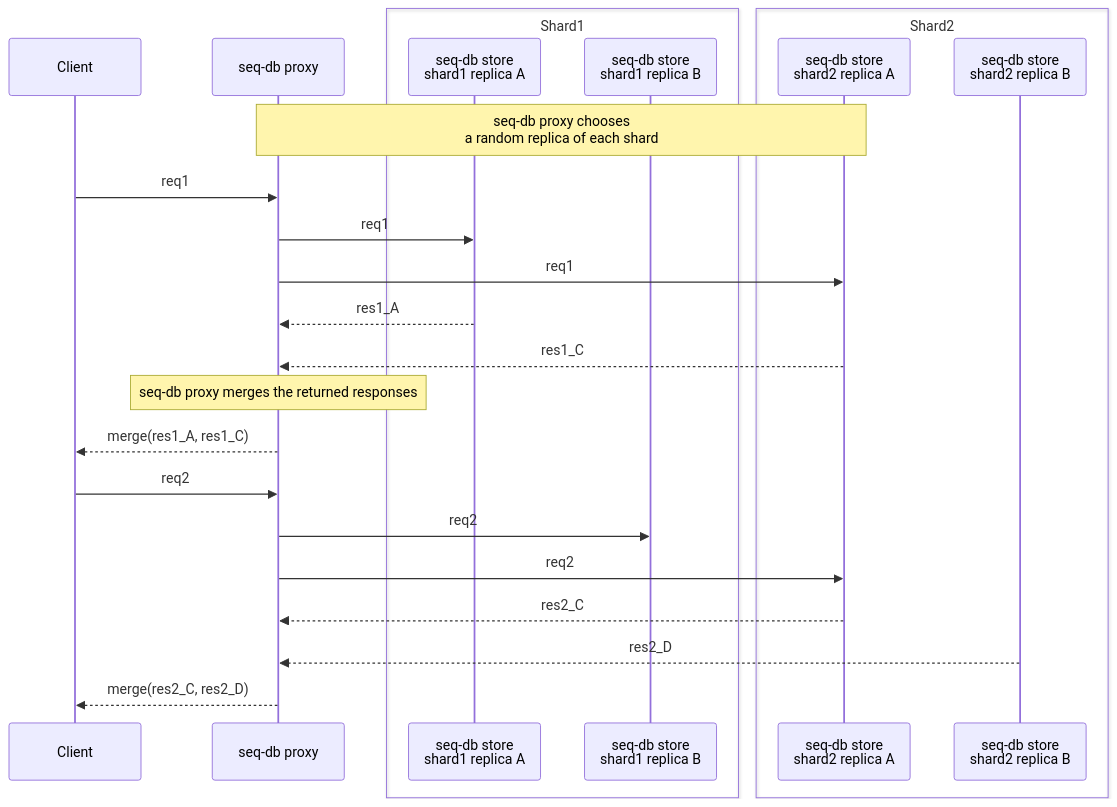
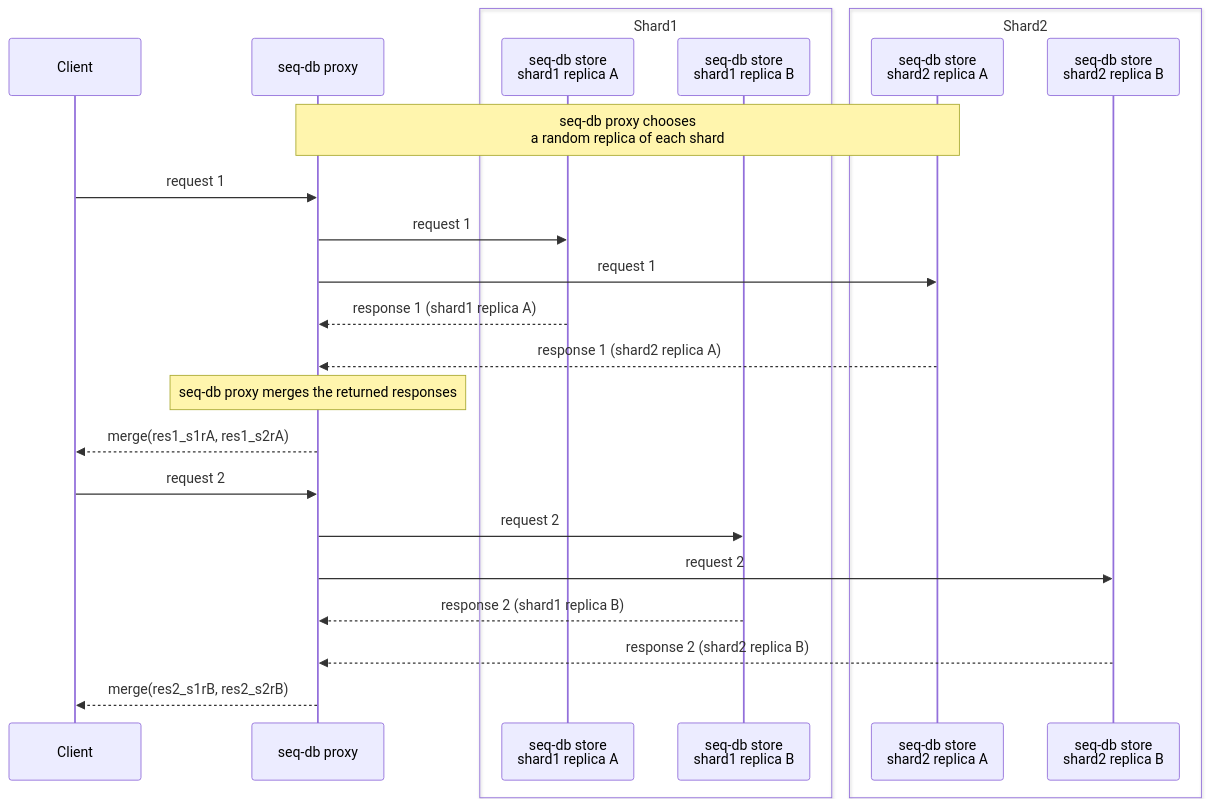
The second of 2 diagrams in docs/en/12-architecture.md (ozontech/seq-db), drawn with Mermaid before and after one commit. The commit also changed other lines of this file and 1 other file, not shown here.

Commit message:
review fixes

````diff
--- a/docs/en/12-architecture.md
+++ b/docs/en/12-architecture.md
@@ -115,36 +116,36 @@
 ```mermaid
 sequenceDiagram
 
   participant Client
   participant Proxy as seq-db proxy
 
   box Shard1
   participant A as seq-db store<br /> shard1 replica A
   participant B as  seq-db store <br />shard1 replica B
   end 
   
   box Shard2
   participant C as seq-db store <br /> shard2 replica A
   participant D as seq-db store <br /> shard2 replica B
   end 
 
   Note over Proxy,C: seq-db proxy chooses <br /> a random  replica of each shard
-  Client->>Proxy: req1
-  Proxy->>A: req1
-  Proxy->>C: req1
+  Client->>Proxy: request 1
+  Proxy->>A: request 1
+  Proxy->>C: request 1
 
-  A-->>Proxy: res1_A
-  C-->>Proxy: res1_C
+  A-->>Proxy: response 1 (shard1 replica A)
+  C-->>Proxy: response 1 (shard2 replica A)
   Note over Proxy: seq-db proxy merges the returned responses
-  Proxy-->>Client: merge(res1_A, res1_C)
+  Proxy-->>Client: merge(res1_s1rA, res1_s2rA)
     
 
-  Client->>Proxy: req2
-  Proxy->>B: req2
-  Proxy->>C: req2
+  Client->>Proxy: request 2
+  Proxy->>B: request 2
+  Proxy->>D: request 2
 
-  C-->>Proxy: res2_C
-  D-->>Proxy: res2_D
+  B-->>Proxy: response 2 (shard1 replica B)
+  D-->>Proxy: response 2 (shard2 replica B)
 
-  Proxy-->>Client: merge(res2_C, res2_D)
+  Proxy-->>Client: merge(res2_s1rB, res2_s2rB)
 ```
````
